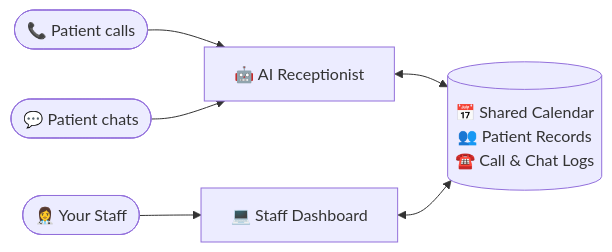
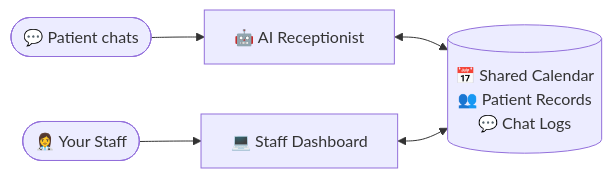
The first of 3 diagrams in docs/user-guide.md (hbela/sunshine-dental), drawn with Mermaid before and after one commit. The commit also changed other lines of this file and 103 other files, not shown here.

````diff
--- a/docs/user-guide.md
+++ b/docs/user-guide.md
@@ -64,8 +52,7 @@
 ```mermaid
 flowchart LR
-    Patient([📞 Patient calls]) --> AI[🤖 AI Receptionist]
-    Chat([💬 Patient chats]) --> AI
-    AI <--> Core[(📅 Shared Calendar<br/>👥 Patient Records<br/>☎️ Call & Chat Logs)]
+    Chat([💬 Patient chats]) --> AI[🤖 AI Receptionist]
+    AI <--> Core[(📅 Shared Calendar<br/>👥 Patient Records<br/>💬 Chat Logs)]
     Staff([👩‍⚕️ Your Staff]) --> Dashboard[💻 Staff Dashboard]
     Dashboard <--> Core
 ```
````
